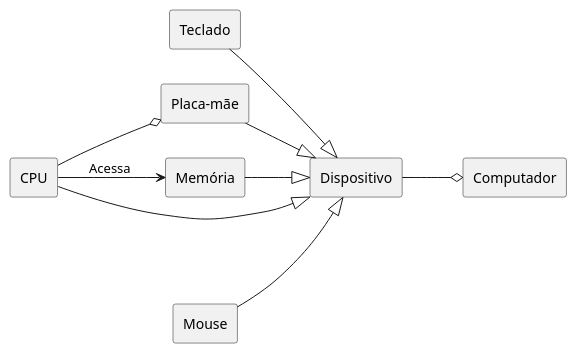
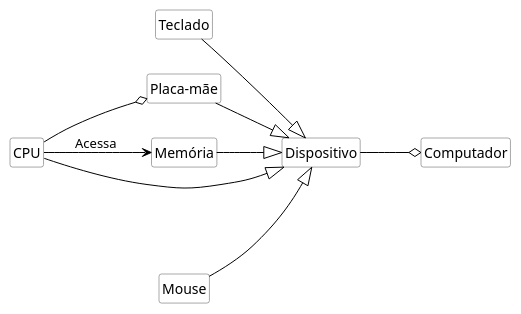
One commit to kyriosdata/oo changed the diagram in imagens/modelos-05/mod05ima02/mod05ima02.plantuml. Above: the diagram before and after it, drawn with PlantUML. The commit also changed 11 other files, not shown here.

```diff
--- a/imagens/modelos-05/mod05ima02/mod05ima02.plantuml
+++ b/imagens/modelos-05/mod05ima02/mod05ima02.plantuml
@@ -1,18 +1,27 @@
 @startuml mod05ima02
-rectangle "Teclado" as te
-rectangle "Computador" as co 
-rectangle "Placa-mãe" as pl
-rectangle "Mouse" as mo
-rectangle "Memória" as me
-rectangle "CPU" as cp
-rectangle "Dispositivo" as di
+hide circle
+hide methods
+hide empty members
+
+skinparam class {
+    BackgroundColor White
+    ArrowColor Black
+    BorderColor #505050
+}
+class "Teclado" as te
+class "Computador" as co 
+class "Placa-mãe" as pl
+class "Mouse" as mo
+class "Memória" as me
+class "CPU" as cp
+class "Dispositivo" as di
 left to right direction
 te --|> di
 pl --|>di
 cp --|>di
 me --|>di
 mo --|>di
 di --o co
 cp --o pl
 cp --> me : Acessa
 @enduml
```
